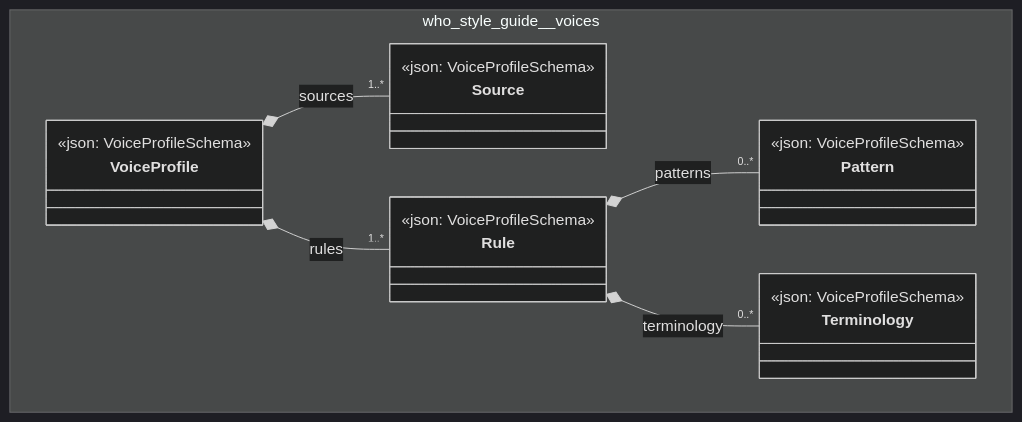
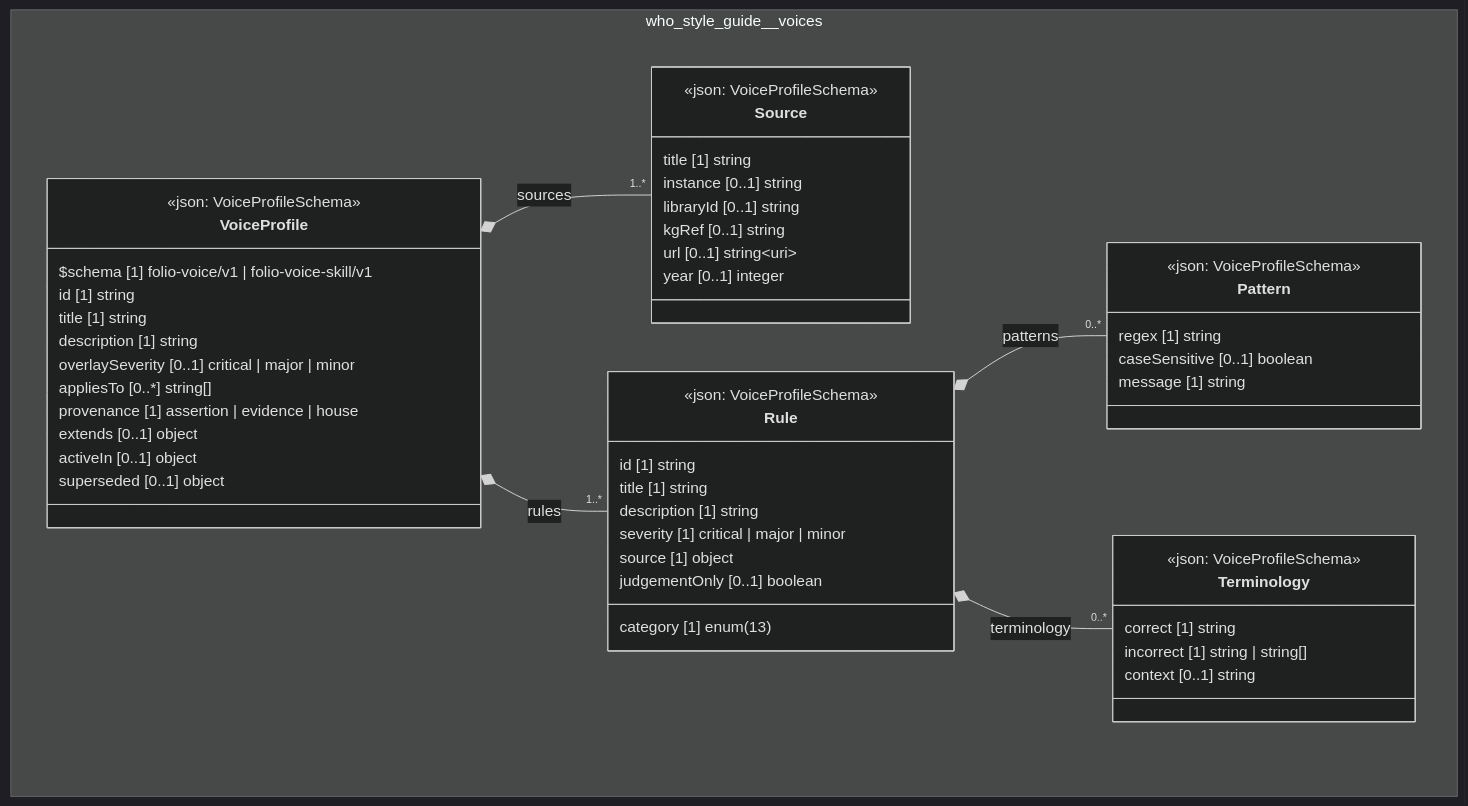
One commit to litlfred/folio-assistant changed the diagram in cat-harness/docs/uml/overview/who-style-guide.md. Above: the diagram before and after it, drawn with Mermaid (dark theme). The commit also changed 92 other files, not shown here.

First line of the commit message:
uml: data fields and a vertical stack on the overview; PlantUML coloured from uml.css

````diff
--- a/cat-harness/docs/uml/overview/who-style-guide.md
+++ b/cat-harness/docs/uml/overview/who-style-guide.md
@@ -12,30 +12,59 @@
 ```mermaid
 classDiagram
   direction TB
   namespace who_style_guide__voices {
     class who_style_guide_voices_Source["Source"] {
       <<json: VoiceProfileSchema>>
+      title [1] string
+      instance [0..1] string
+      libraryId [0..1] string
+      kgRef [0..1] string
+      url [0..1] string~uri~
+      year [0..1] integer
     }
     class who_style_guide_voices_Pattern["Pattern"] {
       <<json: VoiceProfileSchema>>
+      regex [1] string
+      caseSensitive [0..1] boolean
+      message [1] string
     }
     class who_style_guide_voices_Terminology["Terminology"] {
       <<json: VoiceProfileSchema>>
+      correct [1] string
+      incorrect [1] string | string[]
+      context [0..1] string
     }
     class who_style_guide_voices_Rule["Rule"] {
       <<json: VoiceProfileSchema>>
+      id [1] string
+      title [1] string
+      description [1] string
+      category [1] enum(13)
+      severity [1] critical | major | minor
+      source [1] object
+      judgementOnly [0..1] boolean
     }
     class who_style_guide_voices_VoiceProfile["VoiceProfile"] {
       <<json: VoiceProfileSchema>>
+      $schema [1] folio-voice/v1 | folio-voice-skill/v1
+      id [1] string
+      title [1] string
+      description [1] string
+      overlaySeverity [0..1] critical | major | minor
+      appliesTo [0..*] string[]
+      provenance [1] assertion | evidence | house
+      extends [0..1] object
+      activeIn [0..1] object
+      superseded [0..1] object
     }
   }
   who_style_guide_voices_VoiceProfile *-- "1..*" who_style_guide_voices_Source : sources
   who_style_guide_voices_Rule *-- "0..*" who_style_guide_voices_Pattern : patterns
   who_style_guide_voices_Rule *-- "0..*" who_style_guide_voices_Terminology : terminology
   who_style_guide_voices_VoiceProfile *-- "1..*" who_style_guide_voices_Rule : rules
   cssClass "who_style_guide_voices_Source" fa_uml_kind_voices
   cssClass "who_style_guide_voices_Pattern" fa_uml_kind_voices
   cssClass "who_style_guide_voices_Terminology" fa_uml_kind_voices
   cssClass "who_style_guide_voices_Rule" fa_uml_kind_voices
   cssClass "who_style_guide_voices_VoiceProfile" fa_uml_kind_voices
 ```
````
